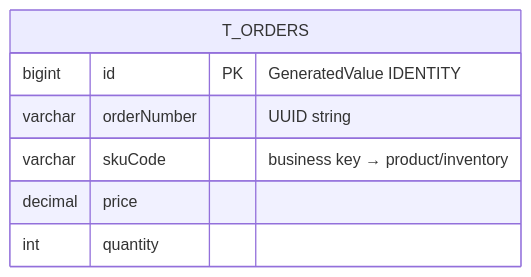
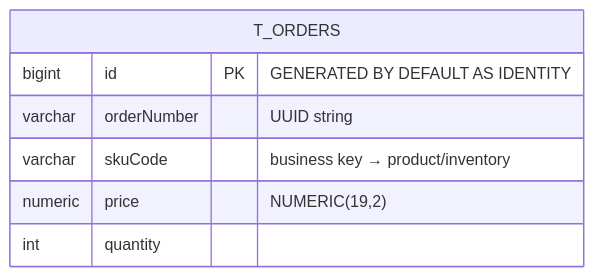
Before and after one commit to SzabolcsBeko/ms_sap_project: the third of 12 diagrams in docs/ARCHITECTURE.md, drawn with Mermaid. The commit also changed other lines of this file and 30 other files, not shown here.

````diff
--- a/docs/ARCHITECTURE.md
+++ b/docs/ARCHITECTURE.md
@@ -163,10 +163,10 @@
 ```mermaid
 erDiagram
     T_ORDERS {
-        bigint id PK "GeneratedValue IDENTITY"
+        bigint id PK "GENERATED BY DEFAULT AS IDENTITY"
         varchar orderNumber "UUID string"
         varchar skuCode "business key → product/inventory"
-        decimal price
+        numeric price "NUMERIC(19,2)"
         int quantity
     }
 ```
````
